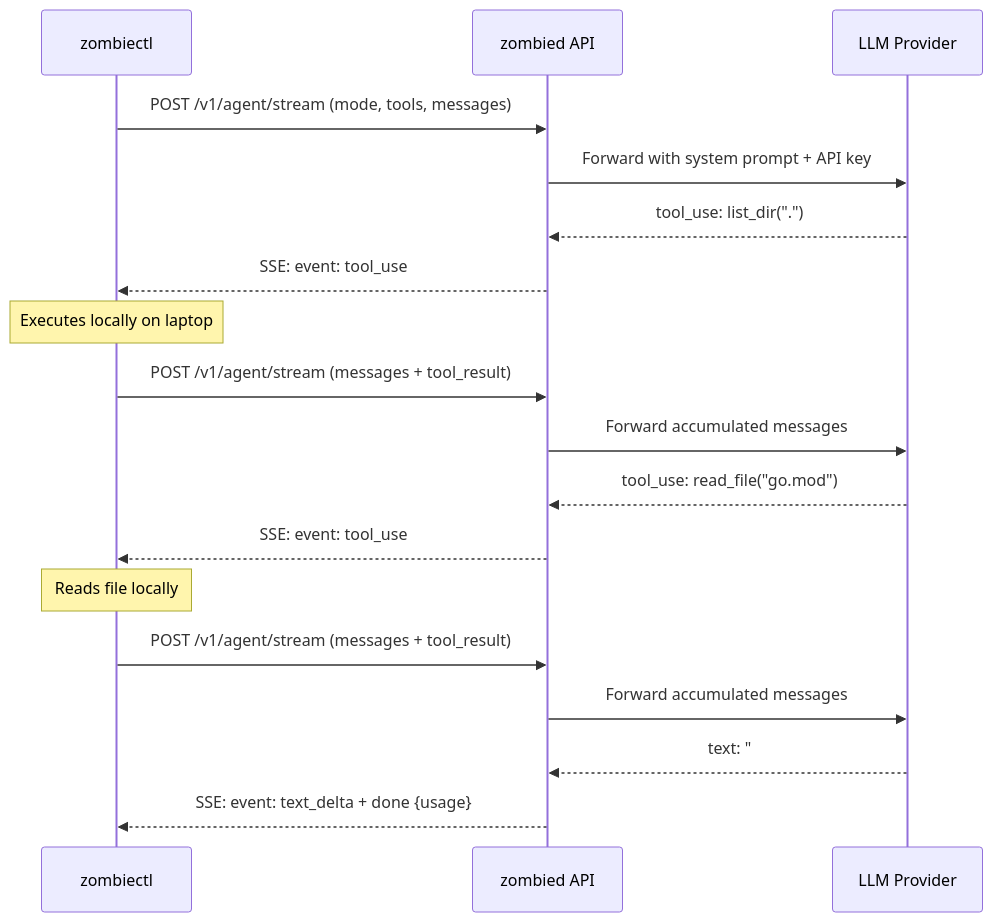
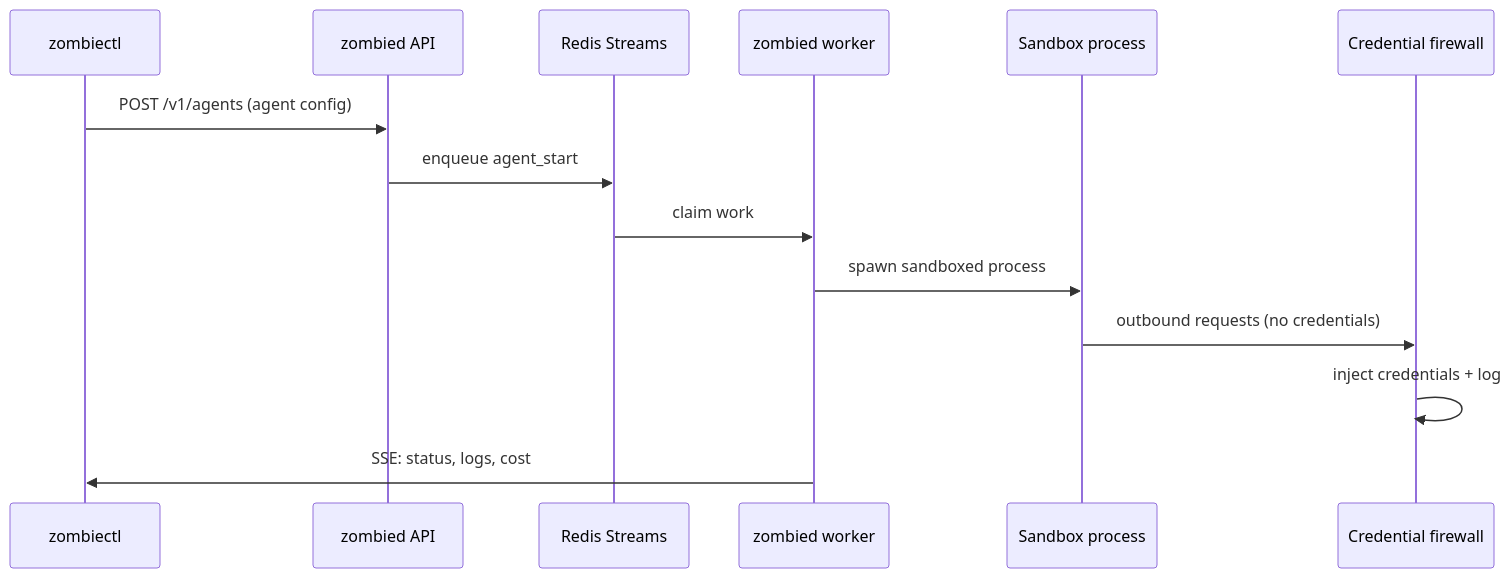
The third of 3 diagrams in how-it-works.mdx (usezombie/docs), drawn with Mermaid before and after one commit. The commit also changed other lines of this file and 1 other file, not shown here.

First line of the commit message:
docs: reflect v2 pivot — agent hosting, credential firewall

````diff
--- a/how-it-works.mdx
+++ b/how-it-works.mdx
@@ -119,21 +71,17 @@
 ```mermaid
 sequenceDiagram
     participant CLI as zombiectl
     participant API as zombied API
-    participant LLM as LLM Provider
+    participant Q as Redis Streams
+    participant W as zombied worker
+    participant S as Sandbox process
+    participant F as Credential firewall
 
-    CLI->>API: POST /v1/agent/stream (mode, tools, messages)
-    API->>LLM: Forward with system prompt + API key
-    LLM-->>API: tool_use: list_dir(".")
-    API-->>CLI: SSE: event: tool_use
-    Note over CLI: Executes locally on laptop
-    CLI->>API: POST /v1/agent/stream (messages + tool_result)
-    API->>LLM: Forward accumulated messages
-    LLM-->>API: tool_use: read_file("go.mod")
-    API-->>CLI: SSE: event: tool_use
-    Note over CLI: Reads file locally
-    CLI->>API: POST /v1/agent/stream (messages + tool_result)
-    API->>LLM: Forward accumulated messages
-    LLM-->>API: text: "# M5_001: Rate Limiting..."
-    API-->>CLI: SSE: event: text_delta + done {usage}
+    CLI->>API: POST /v1/agents (agent config)
+    API->>Q: enqueue agent_start
+    Q->>W: claim work
+    W->>S: spawn sandboxed process
+    S->>F: outbound requests (no credentials)
+    F->>F: inject credentials + log
+    W->>CLI: SSE: status, logs, cost
 ```
````
